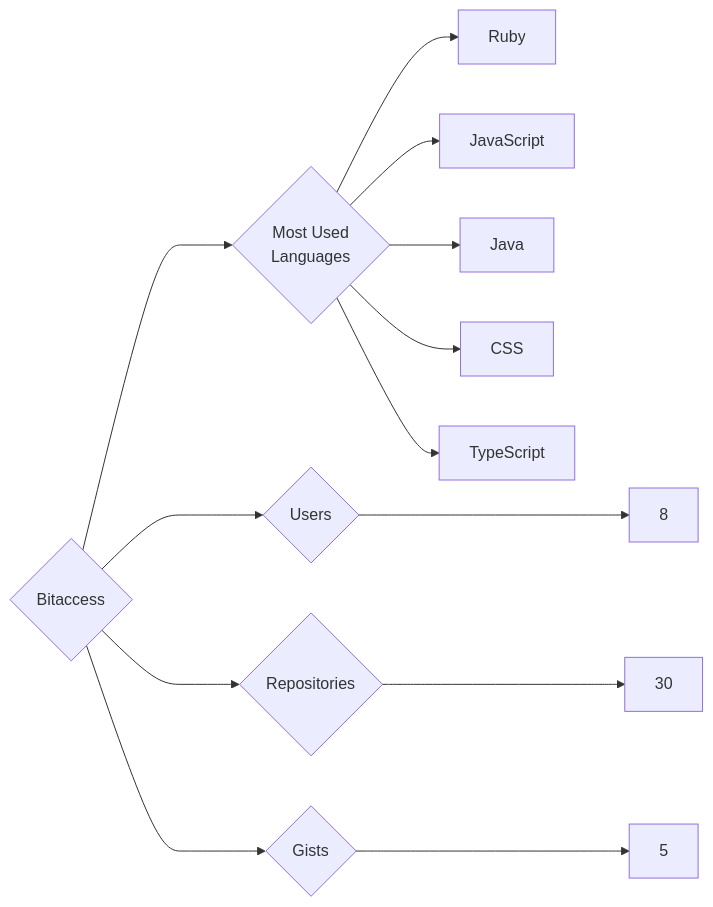
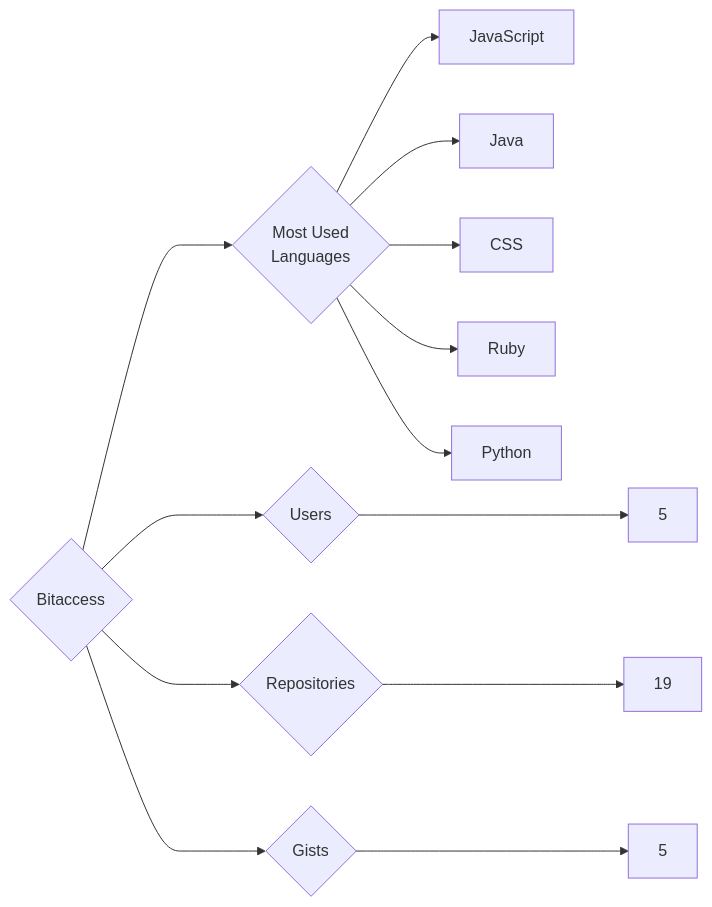
The diagram in targets/Bitaccess/README.md (trickest/insiders), drawn with Mermaid before and after one commit. The commit also changed 1120 other files, not shown here.

````diff
--- a/targets/Bitaccess/README.md
+++ b/targets/Bitaccess/README.md
@@ -3,13 +3,13 @@
 ```mermaid
 graph LR
 COMPANY_NAME{Bitaccess}
-COMPANY_NAME ---> U{Users} ---> UN[8]
-COMPANY_NAME ---> R{Repositories} ---> RN[30]
+COMPANY_NAME ---> U{Users} ---> UN[5]
+COMPANY_NAME ---> R{Repositories} ---> RN[19]
 COMPANY_NAME ---> G{Gists} ---> GN[5]
 COMPANY_NAME ---> ML{Most Used<br>Languages}
-ML --> Ruby[Ruby]
 ML --> JavaScript[JavaScript]
 ML --> Java[Java]
 ML --> CSS[CSS]
-ML --> TypeScript[TypeScript]
+ML --> Ruby[Ruby]
+ML --> Python[Python]
 ```
````
